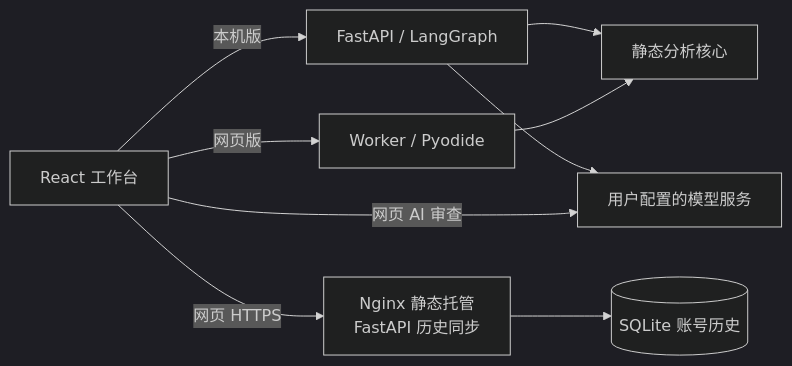
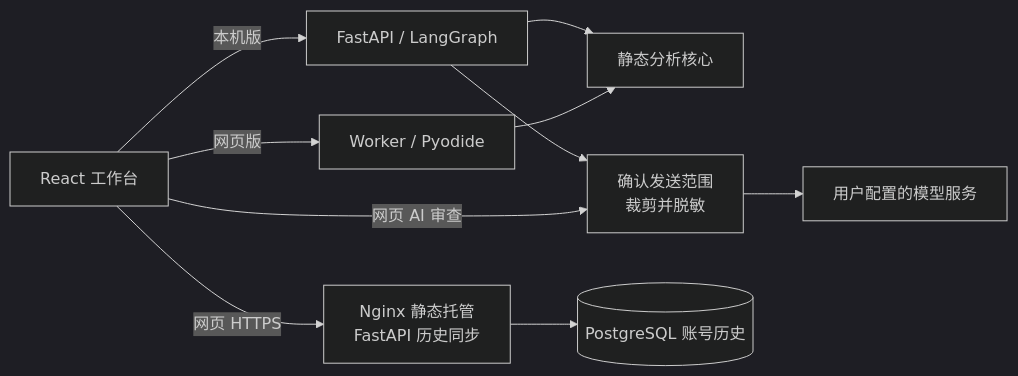
Before and after one commit to 88483751/CodeLens: the first of 4 diagrams in docs/slides/slides.md, drawn with Mermaid (dark theme). The commit also changed other lines of this file, not shown here.

````diff
--- a/docs/slides/slides.md
+++ b/docs/slides/slides.md
@@ -160,11 +163,12 @@
 ```mermaid
 flowchart LR
     U["React 工作台"] -->|本机版| API["FastAPI / LangGraph"]
     U -->|网页版| WEB["Worker / Pyodide"]
     API --> CORE["静态分析核心"]
     WEB --> CORE
-    API --> AI["用户配置的模型服务"]
-    U -->|网页 AI 审查| AI
+    API --> GUARD["确认发送范围<br/>裁剪并脱敏"]
+    U -->|网页 AI 审查| GUARD
+    GUARD --> AI["用户配置的模型服务"]
     U -->|网页 HTTPS| SYNC["Nginx 静态托管<br/>FastAPI 历史同步"]
-    SYNC --> DB[("SQLite 账号历史")]
+    SYNC --> DB[("PostgreSQL 账号历史")]
 ```
````
